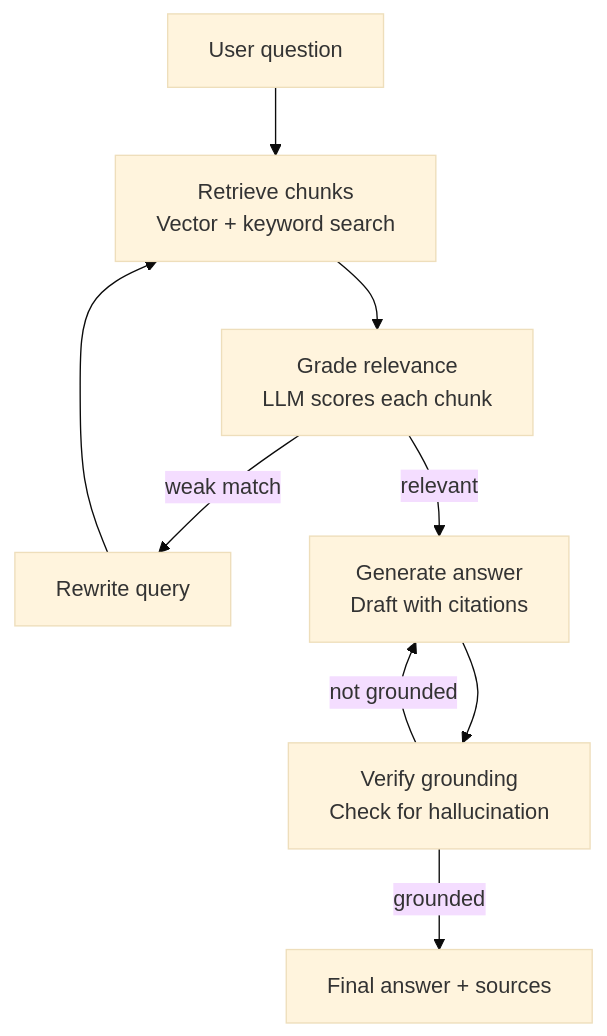
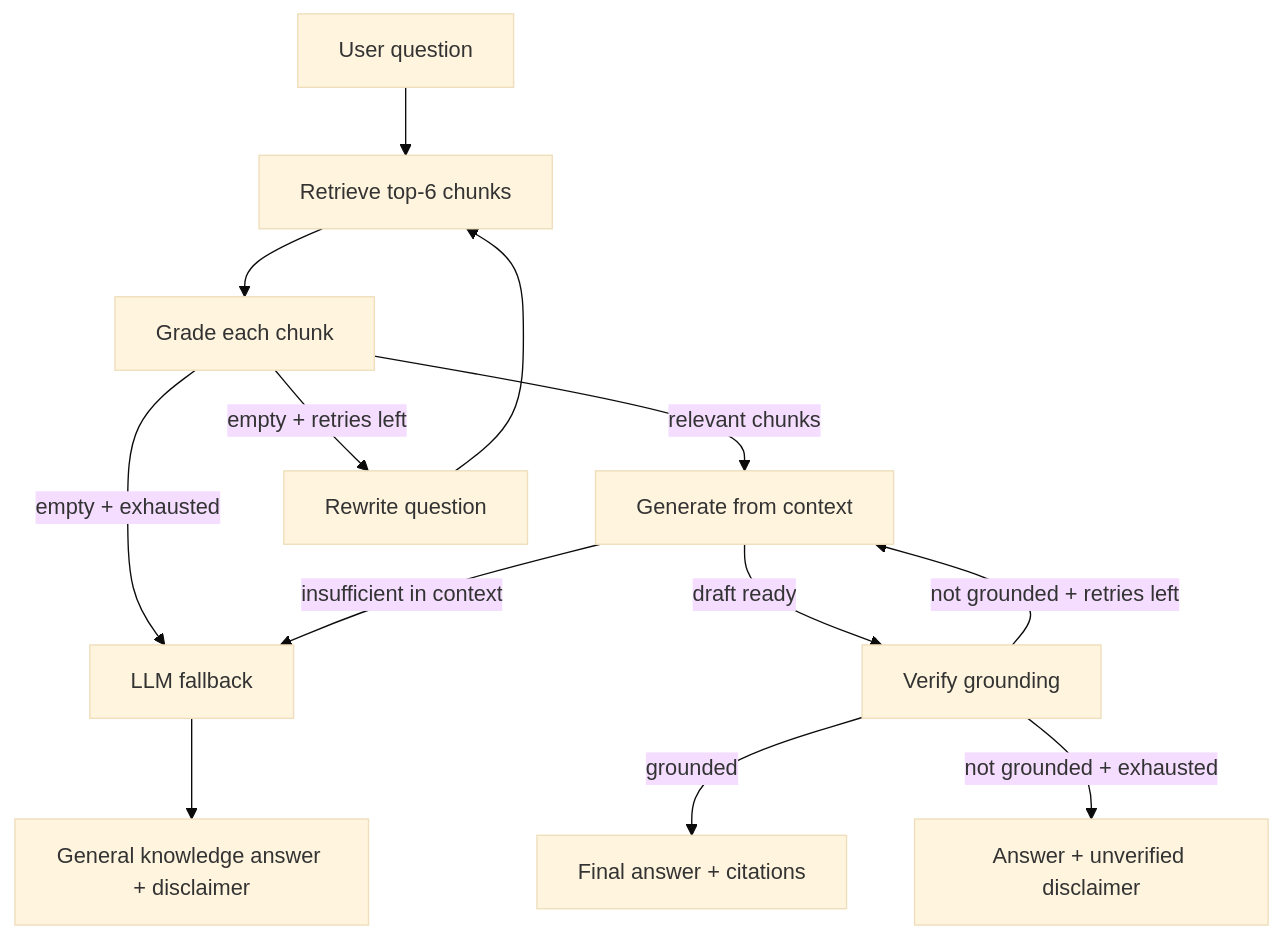
Before and after one commit to fms39-glitch/Agentic-Rag-Pipeline: the diagram in README.md, drawn with Mermaid (base theme). The commit also changed other lines of this file and 1 other file, not shown here.

````diff
--- a/README.md
+++ b/README.md
@@ -57,15 +32,15 @@
 ```mermaid
 flowchart TD
-    A[User question] --> B[Retrieve chunks
-Vector + keyword search]
-    B --> C[Grade relevance
-LLM scores each chunk]
-    C -- weak match --> R[Rewrite query]
+    A[User question] --> B[Retrieve top-6 chunks]
+    B --> C[Grade each chunk]
+    C -->|relevant chunks| D[Generate from context]
+    C -->|empty + retries left| R[Rewrite question]
     R --> B
-    C -- relevant --> D[Generate answer
-Draft with citations]
-    D --> E[Verify grounding
-Check for hallucination]
-    E -- not grounded --> D
-    E -- grounded --> F[Final answer + sources]
+    C -->|empty + exhausted| F[LLM fallback]
+    D -->|insufficient in context| F
+    D -->|draft ready| E[Verify grounding]
+    E -->|grounded| G[Final answer + citations]
+    E -->|not grounded + retries left| D
+    E -->|not grounded + exhausted| H[Answer + unverified disclaimer]
+    F --> I[General knowledge answer + disclaimer]
 ```
````
